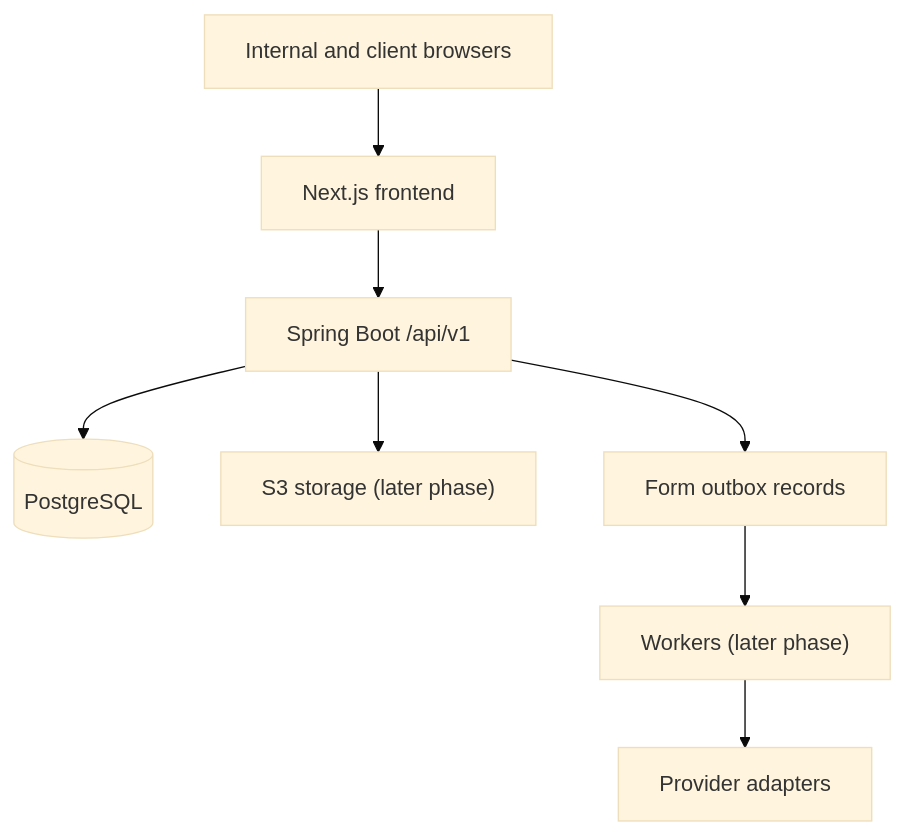
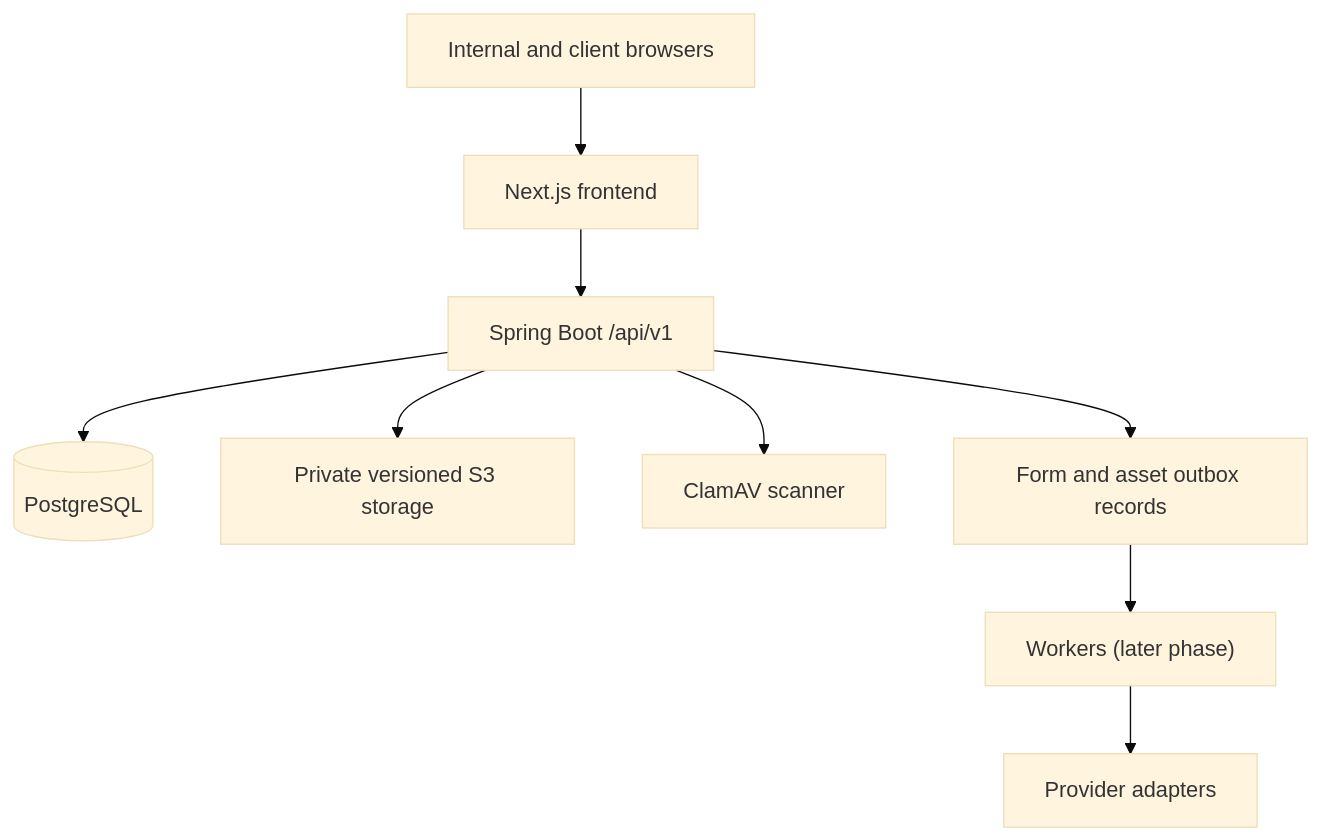
One commit to JetyChodipilli/Client-Onboarding changed the diagram in docs/architecture/README.md. Above: the diagram before and after it, drawn with Mermaid (base theme). The commit also changed other lines of this file and 19 other files, not shown here.

Commit message:
fix(assets): build pinned storage fixtures and complete Phase 6 contract

````diff
--- a/docs/architecture/README.md
+++ b/docs/architecture/README.md
@@ -7,10 +7,11 @@
 ```mermaid
 flowchart TB
   Browser["Internal and client browsers"] --> Web["Next.js frontend"]
   Web --> API["Spring Boot /api/v1"]
   API --> DB[(PostgreSQL)]
-  API --> Store["S3 storage (later phase)"]
-  API --> Outbox["Form outbox records"]
+  API --> Store["Private versioned S3 storage"]
+  API --> Scanner["ClamAV scanner"]
+  API --> Outbox["Form and asset outbox records"]
   Outbox --> Workers["Workers (later phase)"]
   Workers --> Providers["Provider adapters"]
 ```
````
